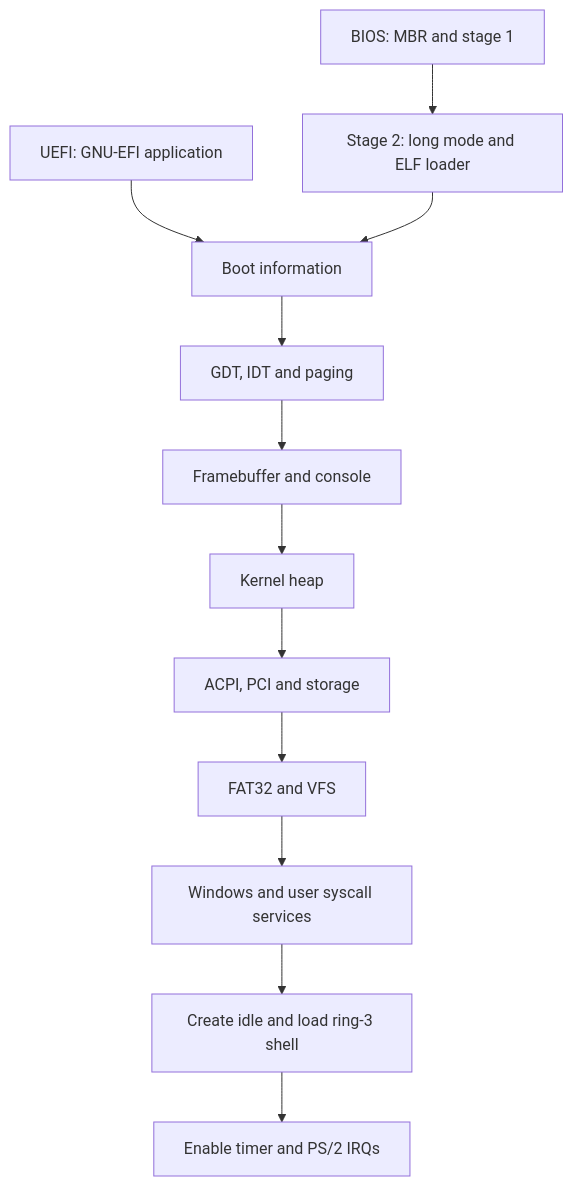
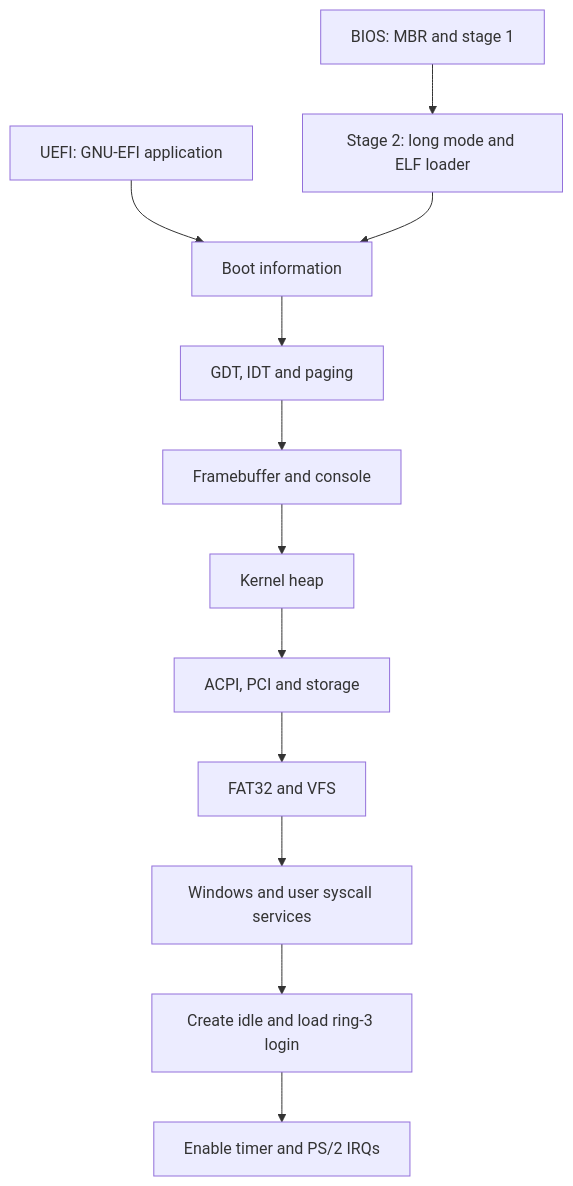
The diagram in docs/system/index.md (Andrispowq/HackOS), drawn with Mermaid before and after one commit. The commit also changed other lines of this file and 73 other files, not shown here.

````diff
--- a/docs/system/index.md
+++ b/docs/system/index.md
@@ -10,14 +10,14 @@
 ```mermaid
 flowchart TD
     BIOS[BIOS: MBR and stage 1] --> Stage2[Stage 2: long mode and ELF loader]
     UEFI[UEFI: GNU-EFI application] --> Handoff[Boot information]
     Stage2 --> Handoff
     Handoff --> CPU[GDT, IDT and paging]
     CPU --> Display[Framebuffer and console]
     Display --> Heap[Kernel heap]
     Heap --> Devices[ACPI, PCI and storage]
     Devices --> FS[FAT32 and VFS]
     FS --> Services[Windows and user syscall services]
-    Services --> Tasks[Create idle and load ring-3 shell]
+    Services --> Tasks[Create idle and load ring-3 login]
     Tasks --> IRQ[Enable timer and PS/2 IRQs]
 ```
````
